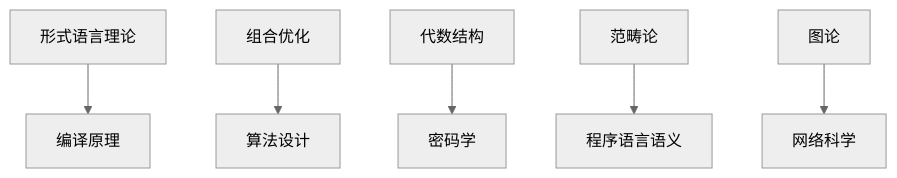
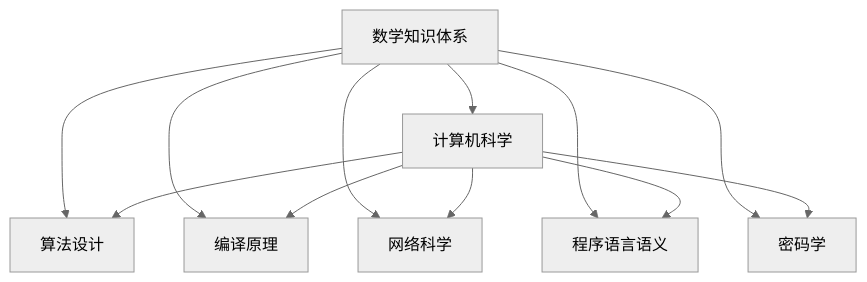
Diagram 12 of 16 in Math/Refactor/09-项目总览/05-Knowledge_Graphs_and_Mappings/数学知识体系映射.md (AdaMartin18010/Mathematics), drawn with Mermaid (neutral theme) before and after one commit. The commit also changed other lines of this file and 28 other files, not shown here.

````diff
--- a/Math/Refactor/09-项目总览/05-Knowledge_Graphs_and_Mappings/数学知识体系映射.md
+++ b/Math/Refactor/09-项目总览/05-Knowledge_Graphs_and_Mappings/数学知识体系映射.md
@@ -219,8 +281,15 @@
 ```mermaid
 graph TD
-    MC1[形式语言理论] --> MC2[编译原理]
-    MC3[组合优化] --> MC4[算法设计]
-    MC5[代数结构] --> MC6[密码学]
-    MC7[范畴论] --> MC8[程序语言语义]
-    MC9[图论] --> MC10[网络科学]
+    A[数学知识体系] --> B[计算机科学]
+    A --> C[算法设计]
+    A --> D[编译原理]
+    A --> E[网络科学]
+    A --> F[程序语言语义]
+    A --> G[密码学]
+    
+    B --> C
+    B --> D
+    B --> E
+    B --> F
+    B --> G
 ```
````
